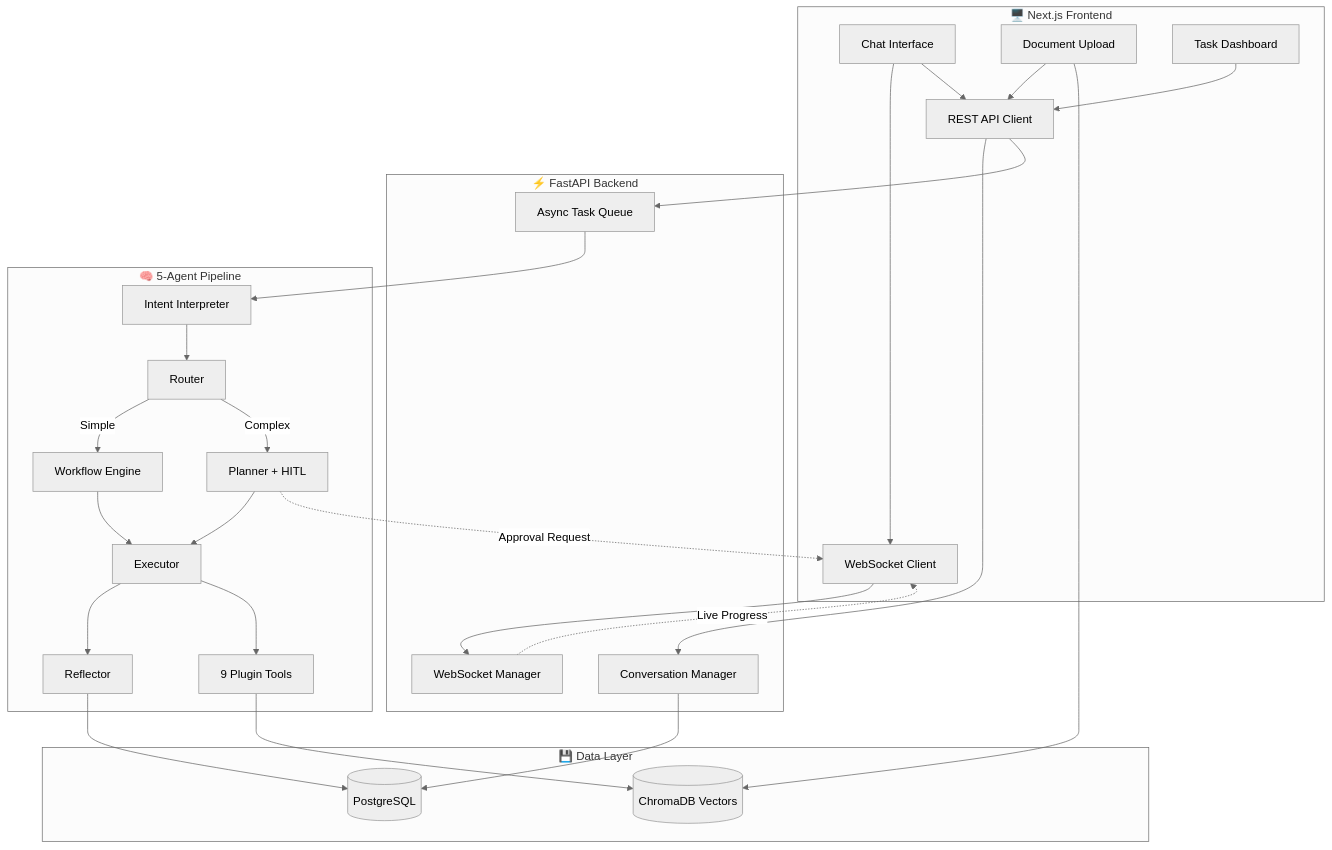
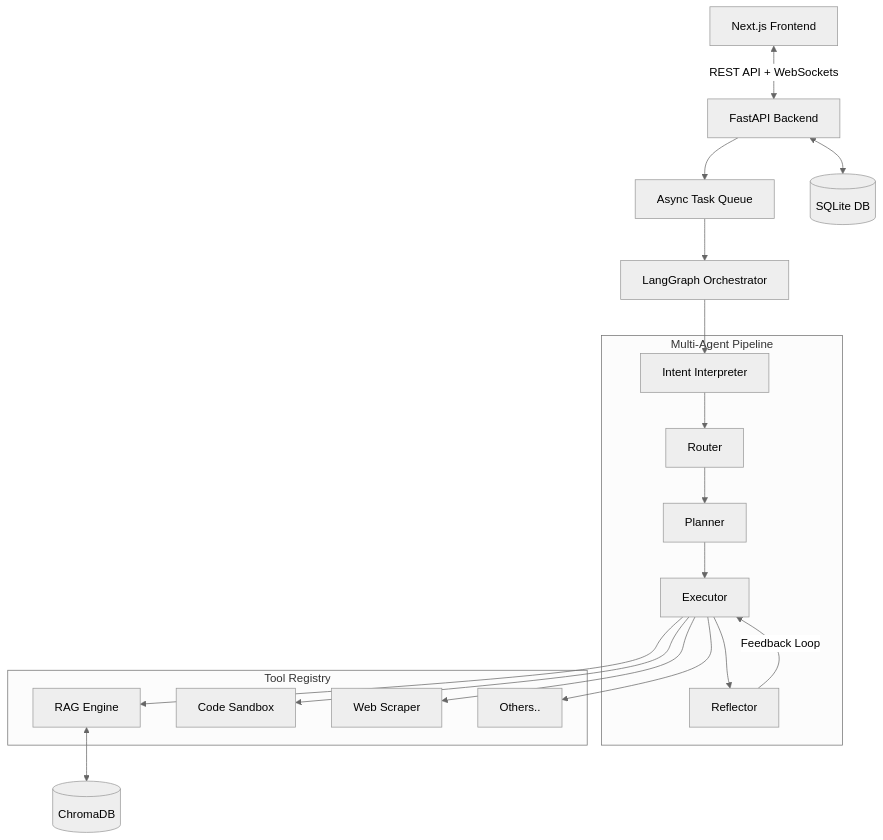
The diagram in README.md (kkrishhhh/AWE-core), drawn with Mermaid (neutral theme) before and after one commit. The commit also changed other lines of this file, not shown here.

Commit message:
feat: complete rag, websockets, and interview prep readme

````diff
--- a/README.md
+++ b/README.md
@@ -24,36 +45,26 @@
 ```mermaid
-graph TB
-    subgraph Frontend ["🖥️ Next.js Frontend"]
-        UI[Chat Interface] --> WS[WebSocket Client]
-        UI --> REST[REST API Client]
-        DOCS[Document Upload] --> REST
-        TASKS[Task Dashboard] --> REST
+graph TD
+    UI[Next.js Frontend] <-->|REST API + WebSockets| FastAPI[FastAPI Backend]
+    FastAPI --> Queue[Async Task Queue]
+    Queue --> Orchestrator[LangGraph Orchestrator]
+    
+    subgraph Multi-Agent Pipeline
+        Interpreter[Intent Interpreter] --> Router[Router]
+        Router --> Planner[Planner]
+        Planner --> Executor[Executor]
+        Executor --> Reflector[Reflector]
+        Reflector -->|Feedback Loop| Executor
     end
-
-    subgraph API ["⚡ FastAPI Backend"]
-        REST --> CONV[Conversation Manager]
-        REST --> TASKQ[Async Task Queue]
-        WS --> WSM[WebSocket Manager]
+    
+    Orchestrator --> Interpreter
+    
+    subgraph Tool Registry
+        Executor --> RAG[RAG Engine]
+        Executor --> PyCode[Code Sandbox]
+        Executor --> Web[Web Scraper]
+        Executor --> APIs[Others..]
     end
-
-    subgraph Agents ["🧠 5-Agent Pipeline"]
-        TASKQ --> INT[Intent Interpreter]
-        INT --> RTR[Router]
-        RTR -->|Simple| WF[Workflow Engine]
-        RTR -->|Complex| PLN[Planner + HITL]
-        PLN --> EXC[Executor]
-        WF --> EXC
-        EXC --> REF[Reflector]
-        EXC --> TOOLS[9 Plugin Tools]
-    end
-
-    subgraph Data ["💾 Data Layer"]
-        CONV --> PG[(PostgreSQL)]
-        DOCS --> CHROMA[(ChromaDB Vectors)]
-        TOOLS --> CHROMA
-        REF --> PG
-    end
-
-    WSM -.->|Live Progress| WS
-    PLN -.->|Approval Request| WS
+    
+    RAG <--> ChromaDB[(ChromaDB)]
+    FastAPI <--> SQLite[(SQLite DB)]
 ```
````
